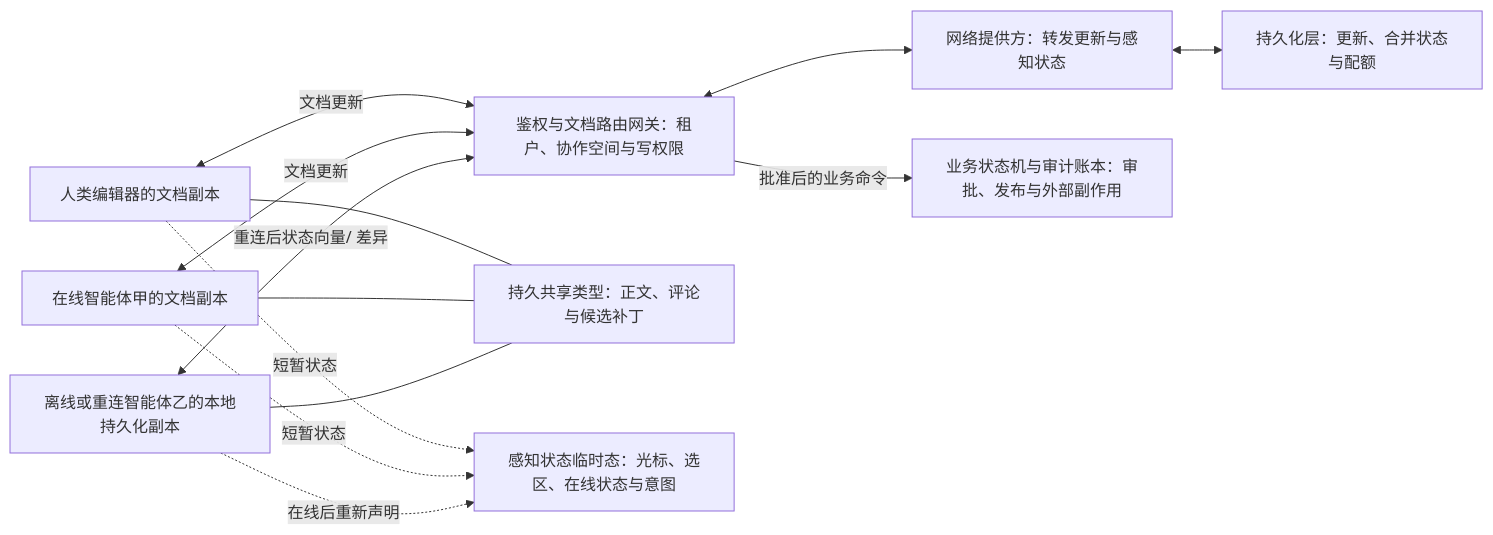
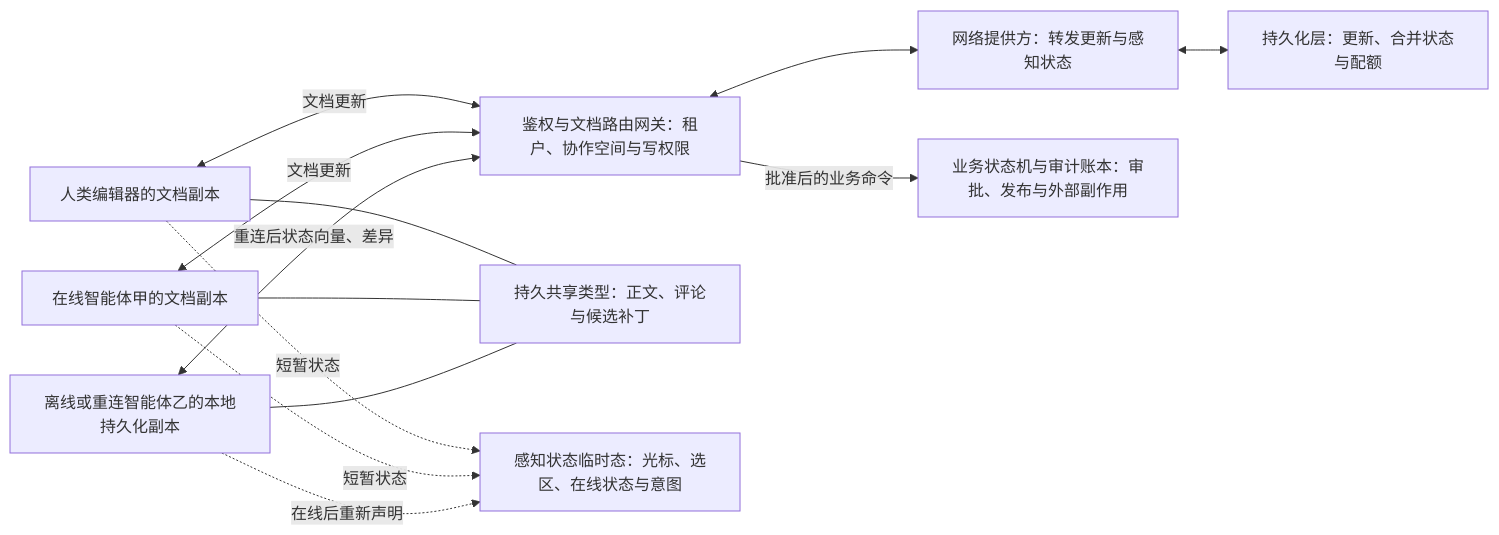
The diagram in content/cases/yjs-crdt-collaboration.mdx (sealday/tego-arch), drawn with Mermaid before and after one commit. The commit also changed other lines of this file and 33 other files, not shown here.

````diff
--- a/content/cases/yjs-crdt-collaboration.mdx
+++ b/content/cases/yjs-crdt-collaboration.mdx
@@ -116,28 +116,28 @@
 ```mermaid
 flowchart LR
   accTitle: 人和多个智能体的该协作框架持久内容与临时意图双通道
   accDescr: 浏览器中的人类编辑器、在线智能体和离线智能体都通过各自该协作框架文档副本编辑持久共享类型。网络提供方经鉴权网关交换文档更新，持久化提供方保存本地或服务端状态。光标、选区和正在生成等短暂信息走独立感知状态通道，不写入持久文档。审批和外部副作用进入独立业务账本。
 
   Human["人类编辑器的文档副本"]
   AgentA["在线智能体甲的文档副本"]
   AgentB["离线或重连智能体乙的本地持久化副本"]
   Gate["鉴权与文档路由网关：租户、协作空间与写权限"]
   Provider["网络提供方：转发更新与感知状态"]
   Store["持久化层：更新、合并状态与配额"]
   Durable["持久共享类型：正文、评论与候选补丁"]
   Ephemeral["感知状态临时态：光标、选区、在线状态与意图"]
   Workflow["业务状态机与审计账本：审批、发布与外部副作用"]
 
   Human <-->|"文档更新"| Gate
   AgentA <-->|"文档更新"| Gate
-  AgentB <-->|"重连后状态向量/ 差异"| Gate
+  AgentB <-->|"重连后状态向量、差异"| Gate
   Gate <--> Provider
   Provider <--> Store
   Human -.->|"短暂状态"| Ephemeral
   AgentA -.->|"短暂状态"| Ephemeral
   AgentB -.->|"在线后重新声明"| Ephemeral
   Human --- Durable
   AgentA --- Durable
   AgentB --- Durable
   Gate -->|"批准后的业务命令"| Workflow
 ```
````
